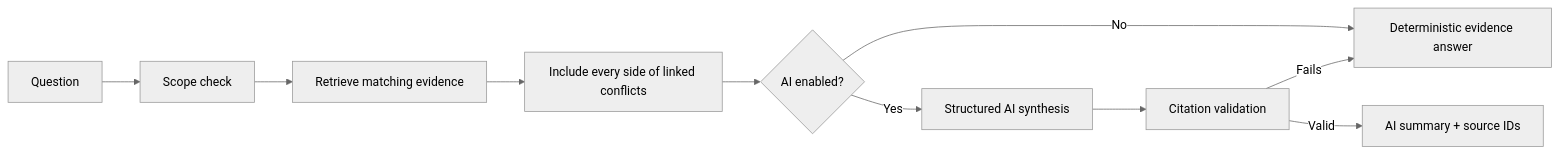
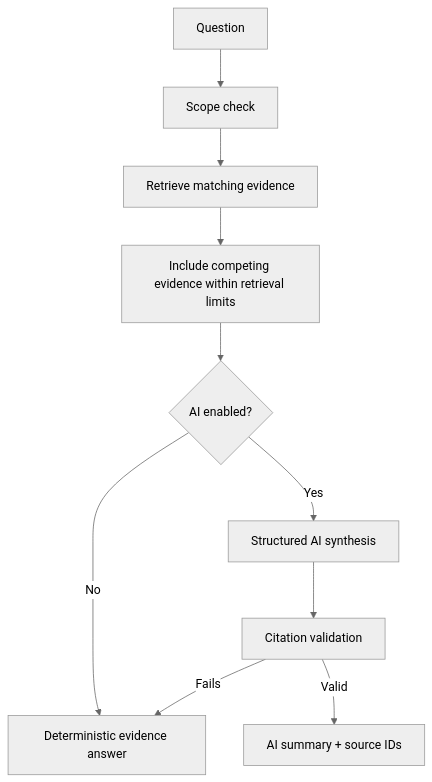
One commit to Sankalp-gupta1/clinical-evidence-twin changed the second of 3 diagrams in README.md. Above: the diagram before and after it, drawn with Mermaid (neutral theme). The commit also changed other lines of this file and 1 other file, not shown here.

````diff
--- a/README.md
+++ b/README.md
@@ -407,12 +495,12 @@
-~~~mermaid
-flowchart LR
+```mermaid
+flowchart TD
     A[Question] --> B[Scope check]
     B --> C[Retrieve matching evidence]
-    C --> D[Include every side of linked conflicts]
+    C --> D[Include competing evidence within retrieval limits]
     D --> E{AI enabled?}
     E -- No --> F[Deterministic evidence answer]
     E -- Yes --> G[Structured AI synthesis]
     G --> H[Citation validation]
     H -->|Valid| I[AI summary + source IDs]
     H -->|Fails| F
-~~~
+```
````
